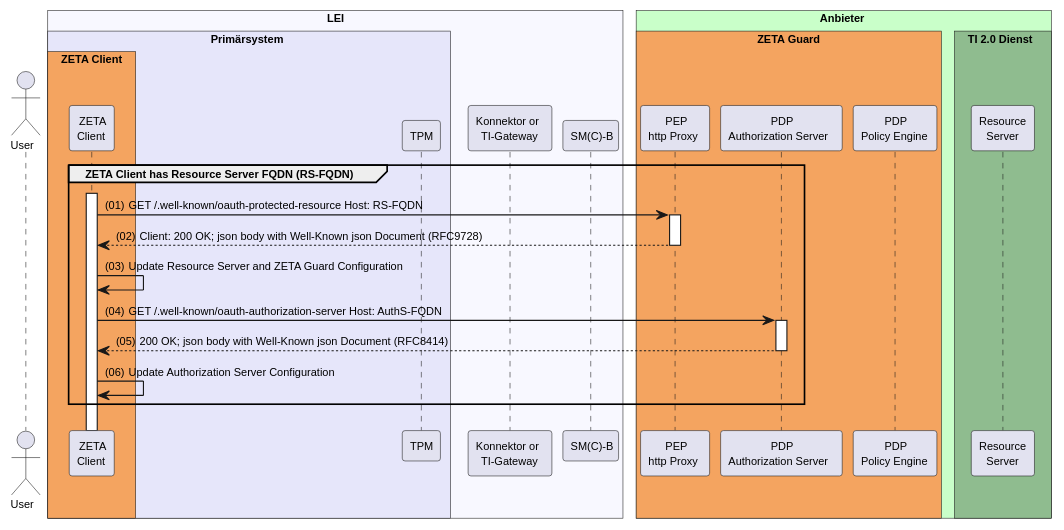
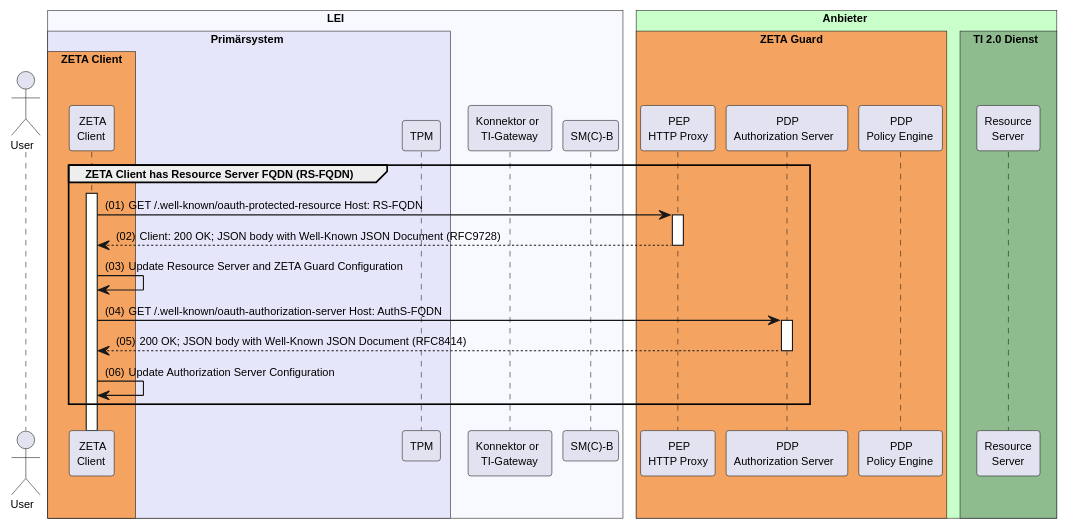
One commit to gematik/zeta changed the diagram in src/plantuml/tpm-attestation-and-token-exchange/discovery-and-configuration.puml. Above: the diagram before and after it, drawn with PlantUML. The commit also changed 2 other files, not shown here.

Commit message:
fix: Correct HTTP casing in PEP participant labels and update JSON references for consistency feat: Add required fields for nonce and openid providers in .well-known schema

```diff
--- a/src/plantuml/tpm-attestation-and-token-exchange/discovery-and-configuration.puml
+++ b/src/plantuml/tpm-attestation-and-token-exchange/discovery-and-configuration.puml
@@ -1,48 +1,48 @@
 @startuml "discovery-and-configuration"
 autonumber "(00)"
 skinparam defaultFontSize 10
 skinparam defaultFontName Helvetica
 skinparam DefaultMonospacedFontName Courier
 skinparam lengthAdjust none
 skinparam sequenceReferenceBackgroundColor White
 skinparam SequenceReferenceFontSize 12
 /'skinparam SequenceReferenceFontStyle bold
 '/
 
 
 !pragma teoz true
 
 Actor User
 box "LEI" #GhostWhite
   box "Primärsystem" #Lavender
     box "ZETA Client" #SandyBrown
       participant Client as "ZETA\nClient"
     end box
     participant TPM as "TPM"
   end box
   participant Konnektor as "Konnektor or\nTI-Gateway"
   participant SMB as "SM(C)-B"
 end box
 
 box "Anbieter" #TECHNOLOGY
   box "ZETA Guard" #SandyBrown
-    participant HP as "PEP\nhttp Proxy"
+    participant HP as "PEP\nHTTP Proxy"
     participant AuthS as "PDP\nAuthorization Server" 
     participant PE as "PDP\nPolicy Engine"
   end box
     box TI 2.0 Dienst #DarkSeaGreen
       participant RS as "Resource\nServer"
     end box
 end box
 
 group ZETA Client has Resource Server FQDN (RS-FQDN)
   Client ++
   Client -> HP ++ : GET /.well-known/oauth-protected-resource Host: RS-FQDN
-  HP --> Client -- : Client: 200 OK; json body with Well-Known json Document (RFC9728)
+  HP --> Client -- : Client: 200 OK; JSON body with Well-Known JSON Document (RFC9728)
   Client -> Client: Update Resource Server and ZETA Guard Configuration
   Client -> AuthS ++ : GET /.well-known/oauth-authorization-server Host: AuthS-FQDN
-  AuthS --> Client -- : 200 OK; json body with Well-Known json Document (RFC8414)
+  AuthS --> Client -- : 200 OK; JSON body with Well-Known JSON Document (RFC8414)
   Client -> Client: Update Authorization Server Configuration
 end
 
 @enduml
```
